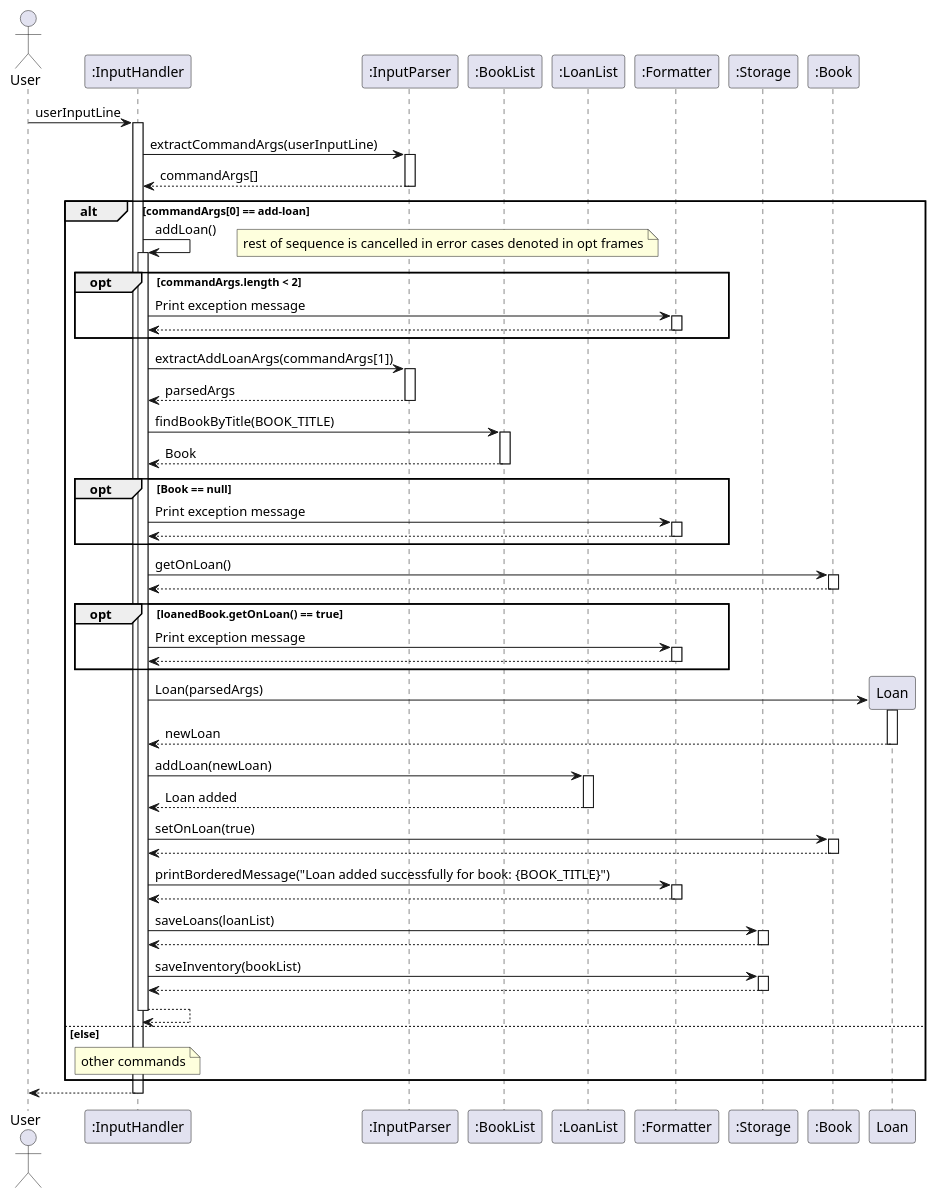
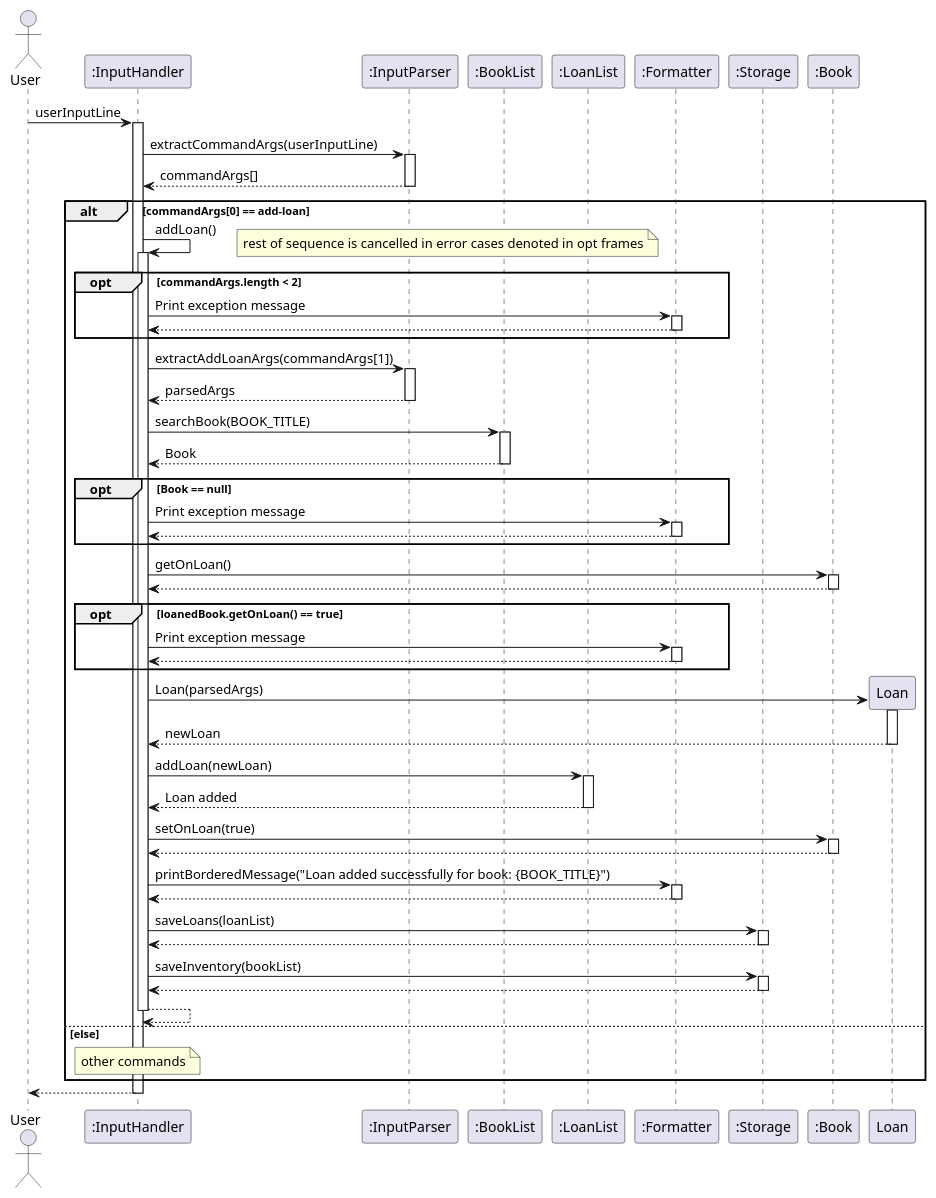
The diagram in docs/diagrams/addLoan.puml (AY2425S2-CS2113-T12-2/tp), drawn with PlantUML before and after one commit. The commit also changed 6 other files, not shown here.

Commit message:
Update all sequence diagrams to use searchBook

```diff
--- a/docs/diagrams/addLoan.puml
+++ b/docs/diagrams/addLoan.puml
@@ -1,111 +1,111 @@
 @startuml
 actor User
 participant InputHandler as ":InputHandler"
 participant InputParser as ":InputParser"
 participant BookList as ":BookList"
 participant LoanList as ":LoanList"
 participant Formatter as ":Formatter"
 participant Storage as ":Storage"
 participant Book as ":Book"
 
 User -> InputHandler: userInputLine
 activate InputHandler
 
 InputHandler -> InputParser: extractCommandArgs(userInputLine)
 activate InputParser
 
 InputParser --> InputHandler: commandArgs[]
 deactivate InputParser
 
 alt commandArgs[0] == add-loan
     InputHandler -> InputHandler : addLoan()
     activate InputHandler
 
 opt commandArgs.length < 2
     note right
     rest of sequence is cancelled in error cases denoted in opt frames
     end note
     InputHandler -> Formatter: Print exception message
     activate Formatter
     Formatter --> InputHandler
     deactivate Formatter
 end
     InputHandler -> InputParser: extractAddLoanArgs(commandArgs[1])
     activate InputParser
 
     InputParser --> InputHandler: parsedArgs
     deactivate InputParser
 
-    InputHandler -> BookList: findBookByTitle(BOOK_TITLE)
+    InputHandler -> BookList: searchBook(BOOK_TITLE)
     activate BookList
 
     BookList --> InputHandler: Book
     deactivate BookList
 
     opt Book == null
         InputHandler -> Formatter: Print exception message
         activate Formatter
 
         Formatter --> InputHandler
         deactivate Formatter
     end
         InputHandler -> Book: getOnLoan()
         activate Book
 
         Book --> InputHandler
         deactivate Book
 
         opt loanedBook.getOnLoan() == true
             InputHandler -> Formatter: Print exception message
             activate Formatter
 
             Formatter --> InputHandler
             deactivate Formatter
         end
 
         InputHandler -> Loan ** : Loan(parsedArgs)
         activate Loan
 
         Loan --> InputHandler : newLoan
         deactivate Loan
 
 
         InputHandler -> LoanList: addLoan(newLoan)
         activate LoanList
         LoanList --> InputHandler: Loan added
         deactivate LoanList
 
         InputHandler -> Book: setOnLoan(true)
         activate Book
 
         Book --> InputHandler
         deactivate Book
 
         InputHandler -> Formatter: printBorderedMessage("Loan added successfully for book: {BOOK_TITLE}")
         activate Formatter
 
         Formatter --> InputHandler
         deactivate Formatter
 
         InputHandler -> Storage: saveLoans(loanList)
         activate Storage
 
         Storage --> InputHandler
         deactivate Storage
 
         InputHandler -> Storage: saveInventory(bookList)
         activate Storage
 
         Storage --> InputHandler
         deactivate Storage
 
 InputHandler --> InputHandler
 deactivate InputHandler
 
 else else
     note over InputHandler : other commands
 end
 
 InputHandler --> User
 deactivate InputHandler
 @enduml
```
